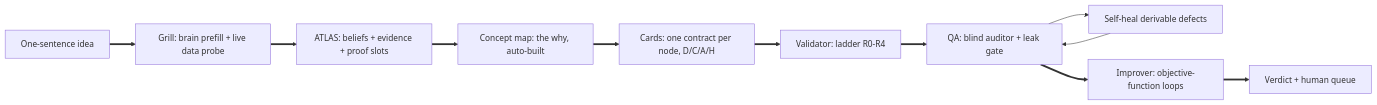
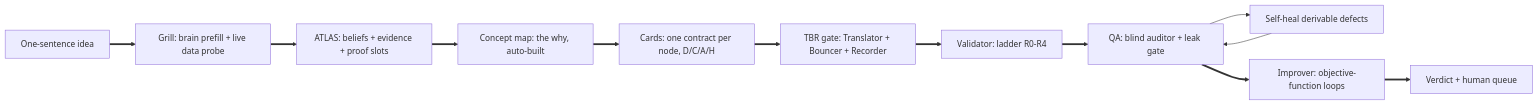
Before and after one commit to AnkitClassicVision/aac-factory: the diagram in README.md, drawn with Mermaid. The commit also changed other lines of this file and 12 other files, not shown here.

Commit message:
feat: add TBR governance gate

````diff
--- a/README.md
+++ b/README.md
@@ -10,13 +10,14 @@
 ```mermaid
 flowchart LR
   A[One-sentence idea] ==> B[Grill: brain prefill + live data probe]
   B ==> C[ATLAS: beliefs + evidence + proof slots]
   C ==> D[Concept map: the why, auto-built]
   D ==> E[Cards: one contract per node, D/C/A/H]
-  E ==> F[Validator: ladder R0-R4]
+  E ==> T[TBR gate: Translator + Bouncer + Recorder]
+  T ==> F[Validator: ladder R0-R4]
   F ==> G[QA: blind auditor + leak gate]
   G --> H[Self-heal derivable defects]
   H --> G
   G ==> I[Improver: objective-function loops]
   I ==> J[Verdict + human queue]
 ```
````
